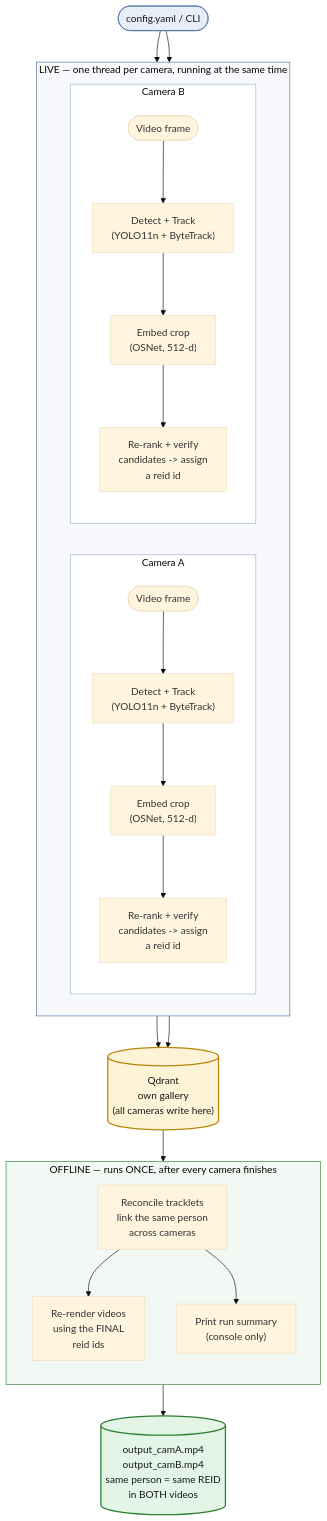
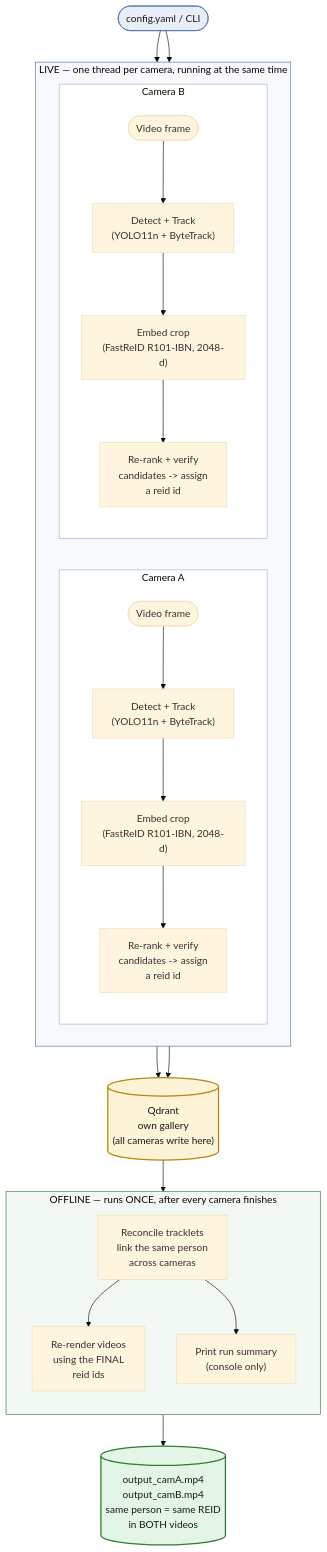
The diagram in README.md (seif744/Inference_PersonReid), drawn with Mermaid (base theme) before and after one commit. The commit also changed other lines of this file and 36 other files, not shown here.

````diff
--- a/README.md
+++ b/README.md
@@ -69,44 +69,44 @@
 ```mermaid
 flowchart TD
     CFG(["config.yaml / CLI"]) --> A1 & B1
 
     subgraph LIVE[" LIVE — one thread per camera, running at the same time"]
         direction LR
         subgraph CAM_A["Camera A"]
             direction TB
             A1(["Video frame"]) --> A2["Detect + Track\n(YOLO11n + ByteTrack)"]
-            A2 --> A3["Embed crop\n(OSNet, 512-d)"]
+            A2 --> A3["Embed crop\n(FastReID R101-IBN, 2048-d)"]
             A3 --> A4["Re-rank + verify\ncandidates -> assign\na reid id"]
         end
         subgraph CAM_B["Camera B"]
             direction TB
             B1(["Video frame"]) --> B2["Detect + Track\n(YOLO11n + ByteTrack)"]
-            B2 --> B3["Embed crop\n(OSNet, 512-d)"]
+            B2 --> B3["Embed crop\n(FastReID R101-IBN, 2048-d)"]
             B3 --> B4["Re-rank + verify\ncandidates -> assign\na reid id"]
         end
     end
 
     A4 --> QD
     B4 --> QD
 
     QD[("Qdrant\nown gallery\n(all cameras write here)")]
 
     QD --> RECON
 
     subgraph FINAL["OFFLINE — runs ONCE, after every camera finishes"]
         direction TB
         RECON["Reconcile tracklets\nlink the same person\nacross cameras"]
         RECON --> RENDER["Re-render videos\nusing the FINAL\nreid ids"]
         RECON --> SUMMARY["Print run summary\n(console only)"]
     end
 
     RENDER --> OUT[(" output_camA.mp4\n output_camB.mp4\nsame person = same REID\nin BOTH videos")]
 
     style CFG fill:#e8eef7,stroke:#4a6fa5,color:#1a1a1a
     style QD fill:#fdf3d7,stroke:#b8860b,color:#1a1a1a,stroke-width:2px
     style OUT fill:#e3f5e6,stroke:#2e7d32,color:#1a1a1a,stroke-width:2px
     style LIVE fill:#f7f9fc,stroke:#4a6fa5
     style FINAL fill:#f2f8f3,stroke:#2e7d32
     style CAM_A fill:#ffffff,stroke:#9fb3cf
     style CAM_B fill:#ffffff,stroke:#9fb3cf
 ```
````
